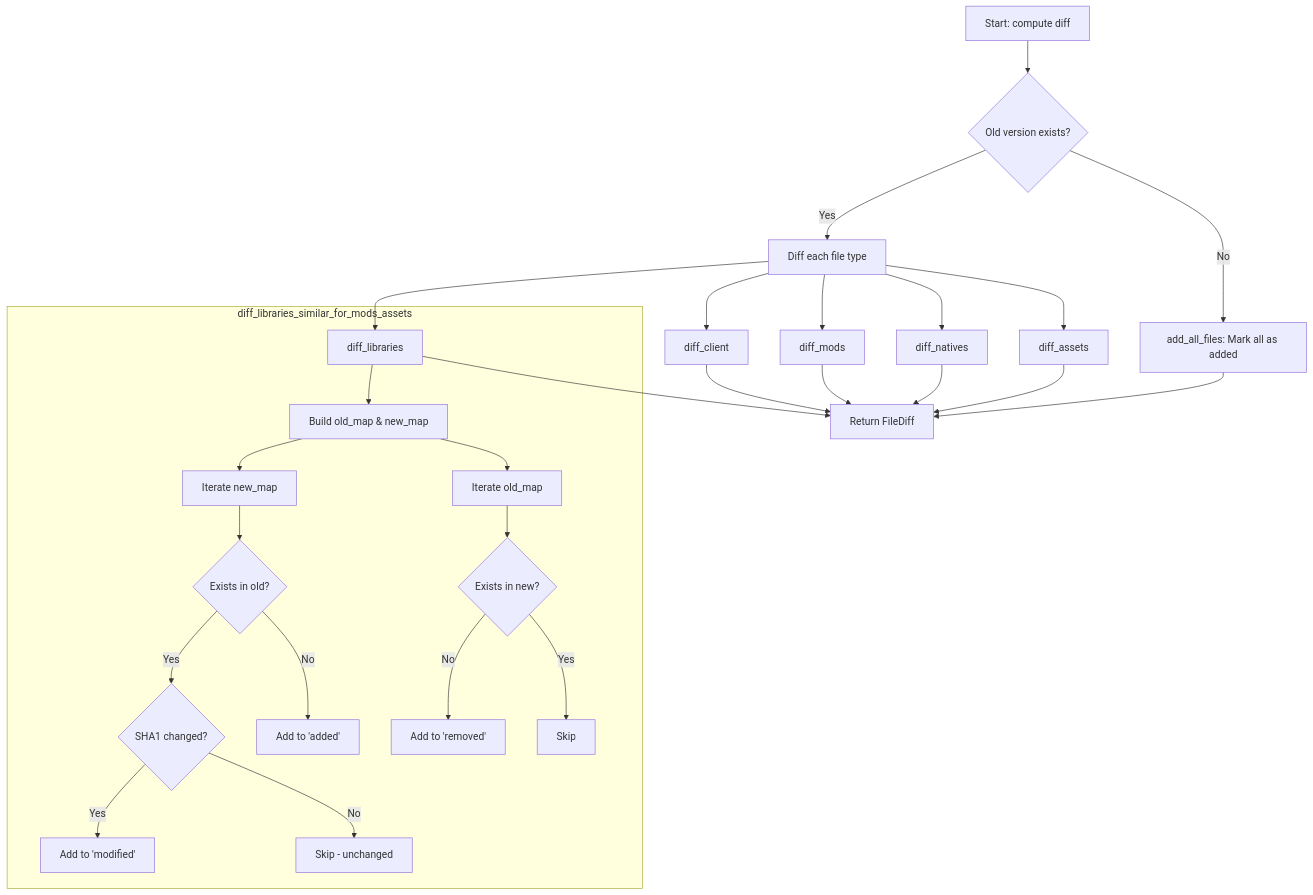
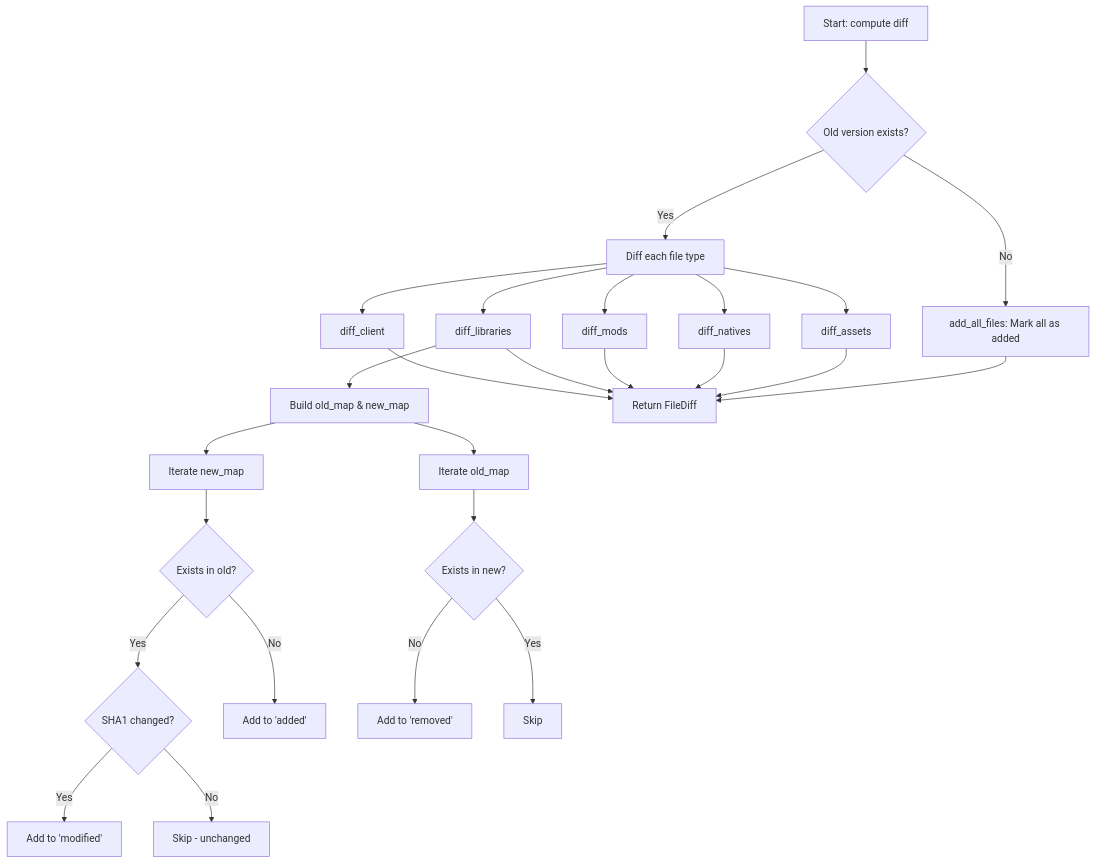
The fourth of 9 diagrams in crates/cache/docs/flow.md (Lighty-Launcher/LightyUpdater), drawn with Mermaid before and after one commit. The commit also changed other lines of this file and 33 other files, not shown here.

Commit message:
improve docs with mermaid implémentation for gitbook

````diff
--- a/crates/cache/docs/flow.md
+++ b/crates/cache/docs/flow.md
@@ -150,34 +150,32 @@
 ```mermaid
-graph TD
+flowchart TD
     Start[Start: compute diff] --> CheckOld{Old version exists?}
 
     CheckOld -->|No| AddAll[add_all_files: Mark all as added]
     CheckOld -->|Yes| DiffTypes[Diff each file type]
 
     DiffTypes --> DiffClient[diff_client]
     DiffTypes --> DiffLibs[diff_libraries]
     DiffTypes --> DiffMods[diff_mods]
     DiffTypes --> DiffNatives[diff_natives]
     DiffTypes --> DiffAssets[diff_assets]
 
-    subgraph diff_libraries_similar_for_mods_assets
-        DiffLibs --> BuildMaps[Build old_map & new_map]
-        BuildMaps --> IterNew[Iterate new_map]
-        IterNew --> InOld{Exists in old?}
-        InOld -->|Yes| CheckSHA1{SHA1 changed?}
-        InOld -->|No| AddToAdded[Add to 'added']
-        CheckSHA1 -->|Yes| AddToModified[Add to 'modified']
-        CheckSHA1 -->|No| Skip[Skip - unchanged]
-        BuildMaps --> IterOld[Iterate old_map]
-        IterOld --> InNew{Exists in new?}
-        InNew -->|No| AddToRemoved[Add to 'removed']
-        InNew -->|Yes| SkipOld[Skip]
-    end
+    DiffLibs --> BuildMaps[Build old_map & new_map]
+    BuildMaps --> IterNew[Iterate new_map]
+    IterNew --> InOld{Exists in old?}
+    InOld -->|Yes| CheckSHA1{SHA1 changed?}
+    InOld -->|No| AddToAdded[Add to 'added']
+    CheckSHA1 -->|Yes| AddToModified[Add to 'modified']
+    CheckSHA1 -->|No| Skip[Skip - unchanged]
+    BuildMaps --> IterOld[Iterate old_map]
+    IterOld --> InNew{Exists in new?}
+    InNew -->|No| AddToRemoved[Add to 'removed']
+    InNew -->|Yes| SkipOld[Skip]
 
     DiffClient --> Return[Return FileDiff]
     DiffLibs --> Return
     DiffMods --> Return
     DiffNatives --> Return
     DiffAssets --> Return
     AddAll --> Return
 ```
````
